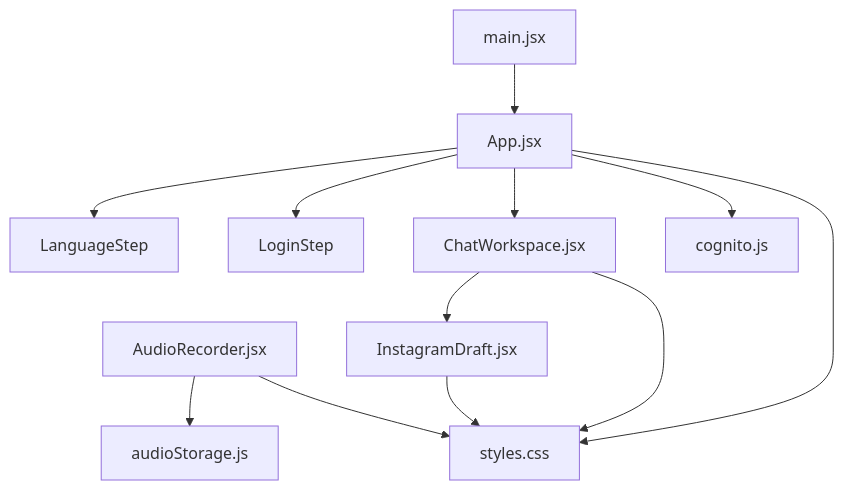
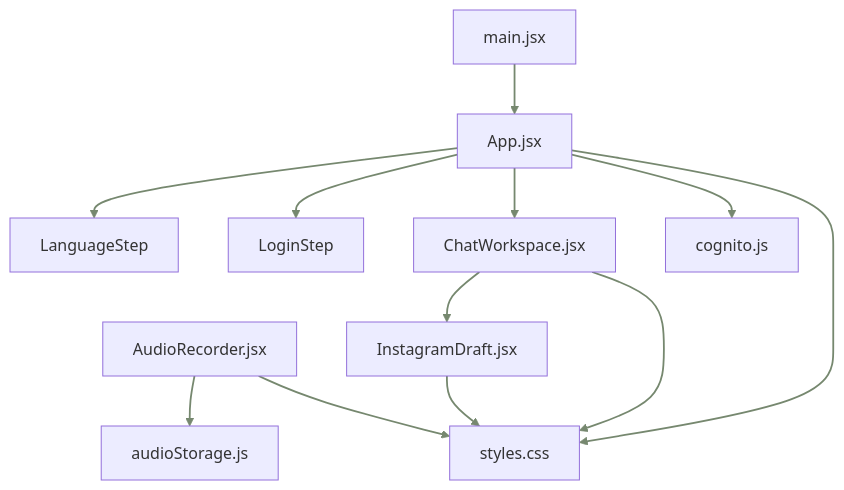
The fourth of 15 diagrams in README.md (SwekcchaCornicle/apnasathi-ai), drawn with Mermaid before and after one commit. The commit also changed other lines of this file, not shown here.

Commit message:
docs: style README diagrams with ApnaSathi palette and AWS icons

````diff
--- a/README.md
+++ b/README.md
@@ -333,24 +382,37 @@
 ```mermaid
 flowchart TB
+  classDef forest fill:#354a3b,stroke:#354a3b,color:#fbfaf7,stroke-width:2px;
+  classDef green fill:#405a46,stroke:#354a3b,color:#fbfaf7,stroke-width:1.8px;
+  classDef sage fill:#d5ddbd,stroke:#76886f,color:#252a23,stroke-width:1.5px;
+  classDef pale fill:#edf0e6,stroke:#647a63,color:#252a23,stroke-width:1.5px;
+  classDef sand fill:#f2e4d2,stroke:#d5a874,color:#252a23,stroke-width:1.5px;
+  classDef paper fill:#fbfaf7,stroke:#9a9a8f,color:#252a23,stroke-width:1.3px;
+  classDef external fill:#f2f1ed,stroke:#b5b4a9,color:#252a23,stroke-width:1.3px;
+  linkStyle default stroke:#76886f,stroke-width:1.8px;
+  class LANG forest;
+  class MAIN sage;
+  class REC,AUDIO pale;
+  class COG sand;
+  class APP,LOGIN,CHAT,DRAFT,CSS paper;
     MAIN[main.jsx]
     APP[App.jsx]
     LANG[LanguageStep]
     LOGIN[LoginStep]
     CHAT[ChatWorkspace.jsx]
     REC[AudioRecorder.jsx]
     DRAFT[InstagramDraft.jsx]
     AUDIO[audioStorage.js]
     COG[cognito.js]
     CSS[styles.css]
     MAIN --> APP
     APP --> LANG
     APP --> LOGIN
     APP --> CHAT
     APP --> COG
     CHAT --> DRAFT
     REC --> AUDIO
     APP --> CSS
     CHAT --> CSS
     REC --> CSS
     DRAFT --> CSS
 ```
````
